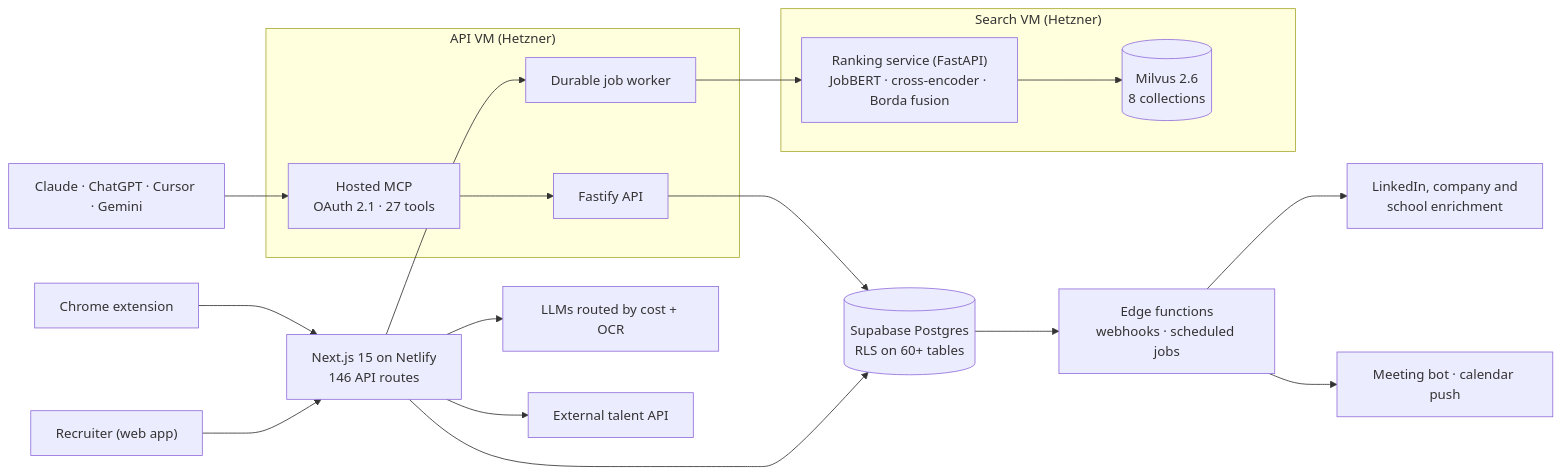
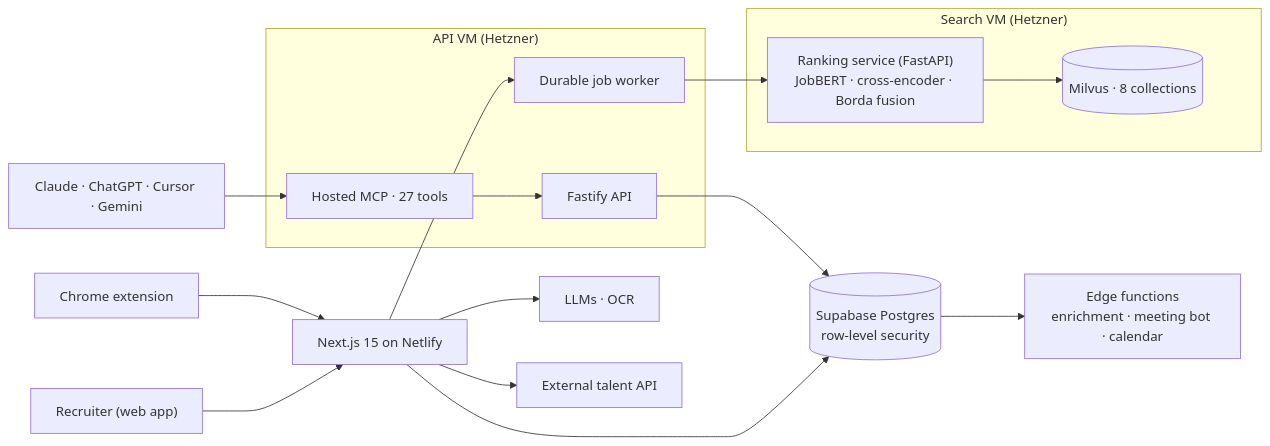
The diagram in README.md (NikosMav/lope-case-study), drawn with Mermaid before and after one commit. The commit also changed other lines of this file and 3 other files, not shown here.

````diff
--- a/README.md
+++ b/README.md
@@ -119,23 +128,21 @@
 ```mermaid
 flowchart LR
-  Recruiter["Recruiter (web app)"] --> Web["Next.js 15 on Netlify<br/>146 API routes"]
+  Recruiter["Recruiter (web app)"] --> Web["Next.js 15 on Netlify"]
   Ext["Chrome extension"] --> Web
   Agents["Claude · ChatGPT · Cursor · Gemini"] --> MCP
   subgraph APIVM["API VM (Hetzner)"]
     API["Fastify API"]
-    MCP["Hosted MCP<br/>OAuth 2.1 · 27 tools"]
+    MCP["Hosted MCP · 27 tools"]
     Worker["Durable job worker"]
   end
   subgraph SearchVM["Search VM (Hetzner)"]
     Rank["Ranking service (FastAPI)<br/>JobBERT · cross-encoder · Borda fusion"]
-    Milvus[("Milvus 2.6<br/>8 collections")]
+    Milvus[("Milvus · 8 collections")]
   end
-  Web --> DB[("Supabase Postgres<br/>RLS on 60+ tables")]
+  Web --> DB[("Supabase Postgres<br/>row-level security")]
   MCP --> API --> DB
   Web --> Worker --> Rank --> Milvus
-  DB --> Fn["Edge functions<br/>webhooks · scheduled jobs"]
-  Fn --> Scrape["LinkedIn, company and<br/>school enrichment"]
-  Fn --> Bot["Meeting bot · calendar push"]
-  Web --> LLM["LLMs routed by cost + OCR"]
+  DB --> Fn["Edge functions<br/>enrichment · meeting bot · calendar"]
+  Web --> LLM["LLMs · OCR"]
   Web --> Talent["External talent API"]
 ```
````
